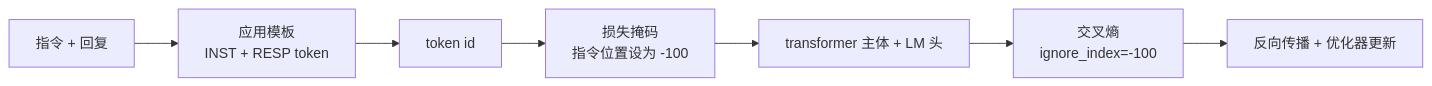
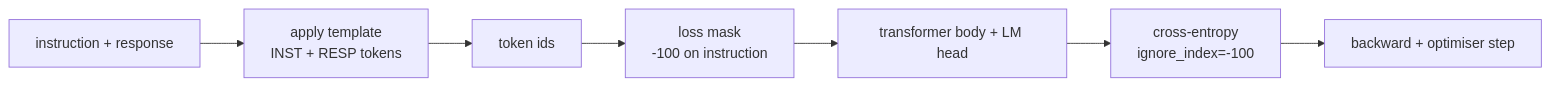
Before and after one commit to xiaojiaenen/ai-engineering-from-scratch-zh: the first of 3 diagrams in i18n/zh/phases/19-capstone-projects/39-instruction-tuning-sft/docs/zh.md, drawn with Mermaid. The commit also changed other lines of this file and 85 other files, not shown here.

````diff
--- a/i18n/zh/phases/19-capstone-projects/39-instruction-tuning-sft/docs/zh.md
+++ b/i18n/zh/phases/19-capstone-projects/39-instruction-tuning-sft/docs/zh.md
@@ -34,9 +34,9 @@
 ```mermaid
 flowchart LR
-  Pair[指令 + 回复] --> Tmpl[应用模板<br/>INST + RESP token]
-  Tmpl --> Tokens[token id]
-  Tokens --> Mask[损失掩码<br/>指令位置设为 -100]
-  Mask --> Model[transformer 主体 + LM 头]
-  Model --> CE[交叉熵<br/>ignore_index=-100]
-  CE --> Step[反向传播 + 优化器更新]
+  Pair[instruction + response] --> Tmpl[apply template<br/>INST + RESP tokens]
+  Tmpl --> Tokens[token ids]
+  Tokens --> Mask[loss mask<br/>-100 on instruction]
+  Mask --> Model[transformer body + LM head]
+  Model --> CE[cross-entropy<br/>ignore_index=-100]
+  CE --> Step[backward + optimiser step]
 ```
````
